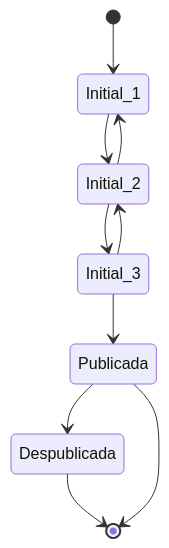
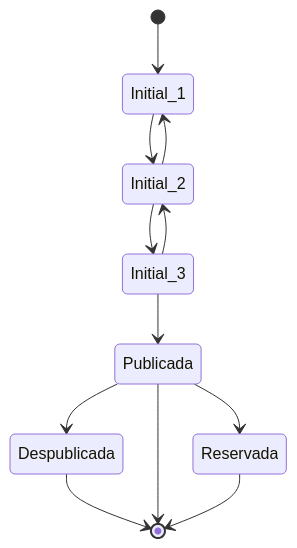
The first of 3 diagrams in README.md (Gabirojas1/AplicacionesDistributivasBackEndTPO), drawn with Mermaid before and after one commit. The commit also changed other lines of this file and 6 other files, not shown here.

````diff
--- a/README.md
+++ b/README.md
@@ -61,13 +82,14 @@
 ```mermaid
 stateDiagram-v2
 [*] --> Initial_1
 Initial_1 --> Initial_2
 Initial_2 --> Initial_1
 Initial_2 --> Initial_3
 Initial_3 --> Initial_2
 Initial_3 --> Publicada
 Publicada --> Despublicada
 Despublicada --> [*]
 Publicada --> [*]
-
+Reservada --> [*]
+Publicada --> Reservada
 ```
````
